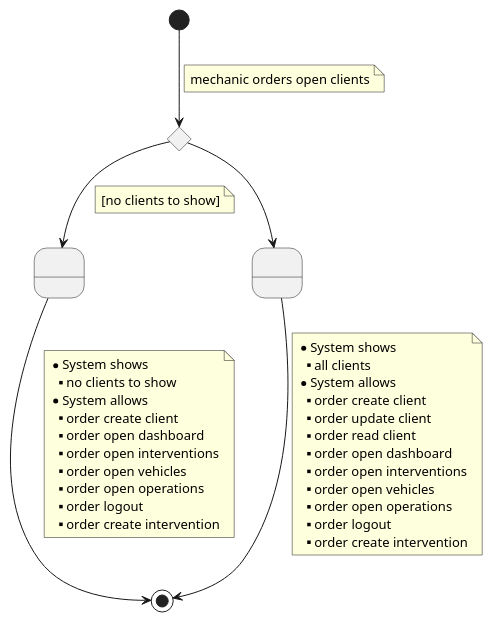
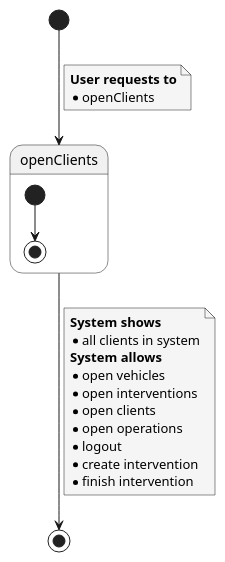
The diagram in documentation/1requiremets/usecases_specification/puml/openClients.puml (Ruskab/agrimManager), drawn with PlantUML before and after one commit. The commit also changed 4 other files, not shown here.

```diff
--- a/documentation/1requiremets/usecases_specification/puml/openClients.puml
+++ b/documentation/1requiremets/usecases_specification/puml/openClients.puml
@@ -1,49 +1,33 @@
 @startuml
+skinparam {
+        NoteBackgroundColor #whiteSmoke
+}
 
-state 1 <<choice>>
-state 2 as " "
-state 4 as " "
-
-[*] --> 1
+[*] --> openClients
 note on link
-    mechanic orders open clients
+<b>User requests to</b>
+* openClients
 end note
 
-1 --> 2
+state openClients {
+
+[*] --> [*]
+
+
+}
+
+openClients --> [*]
 note on link
-    [no clients to show]
-end note
-
-1 --> 4
-
-4 --> [*]
-note on link
-    * System shows
-    ** all clients
-    * System allows
-    ** order create client
-    ** order update client
-    ** order read client
-    ** order open dashboard
-    ** order open interventions
-    ** order open vehicles
-    ** order open operations
-    ** order logout
-    ** order create intervention
-end note
-
-2 --> [*]
-note on link
-    * System shows
-    ** no clients to show
-    * System allows
-    ** order create client
-    ** order open dashboard
-    ** order open interventions
-    ** order open vehicles
-    ** order open operations
-    ** order logout
-    ** order create intervention
+<b>System shows
+* all clients in system
+<b>System allows
+* open vehicles
+* open interventions
+* open clients
+* open operations
+* logout
+* create intervention
+* finish intervention
 end note
 
 @enduml
```
